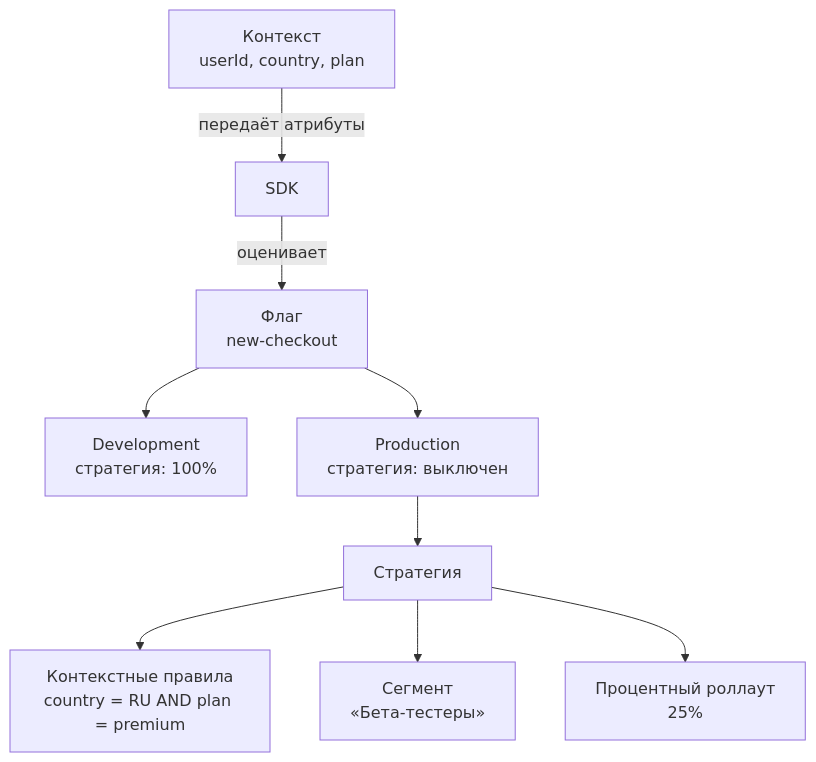
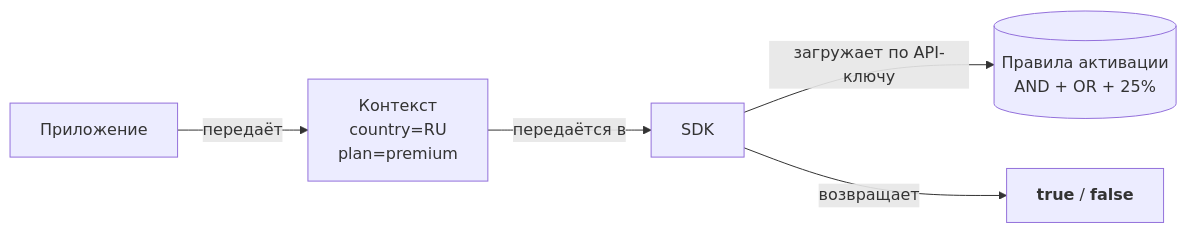
Before and after one commit to edgar-dev20/mozhno: the third of 3 diagrams in docs/concepts/overview.md, drawn with Mermaid. The commit also changed other lines of this file and 59 other files, not shown here.

Commit message:
docs: refactor concepts section — rename strategies→activation rules, add contexts page, fix segment diagrams, brand teal+copper styling, remove TypeScript from non-SDK pages

````diff
--- a/docs/concepts/overview.md
+++ b/docs/concepts/overview.md
@@ -5,21 +47,13 @@
 ```mermaid
-graph TD
-    FLAG[Флаг<br/>new-checkout]
-    ENV1[Development<br/>стратегия: 100%]
-    ENV2[Production<br/>стратегия: выключен]
-    STRATEGY[Стратегия]
-    RULES[Контекстные правила<br/>country = RU AND plan = premium]
-    SEGMENT[Сегмент<br/>«Бета-тестеры»]
-    PCT[Процентный роллаут<br/>25%]
+flowchart LR
+    APP[Приложение]
+    CTX["Контекст<br/>country=RU<br/>plan=premium"]
     SDK[SDK]
-    CTX[Контекст<br/>userId, country, plan]
+    RULES[(Правила активации<br/>AND + OR + 25%)]
+    RESULT["<b>true</b> / <b>false</b>"]
 
-    FLAG --> ENV1
-    FLAG --> ENV2
-    ENV2 --> STRATEGY
-    STRATEGY --> RULES
-    STRATEGY --> SEGMENT
-    STRATEGY --> PCT
-    SDK -->|оценивает| FLAG
-    CTX -->|передаёт атрибуты| SDK
+    APP -->|передаёт| CTX
+    CTX -->|передаётся в| SDK
+    SDK -->|загружает по API-ключу| RULES
+    SDK -->|возвращает| RESULT
 ```
````
